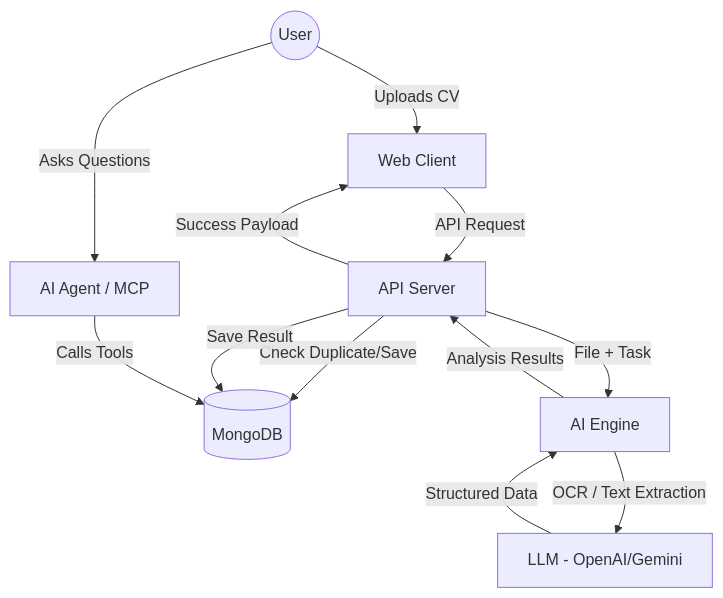
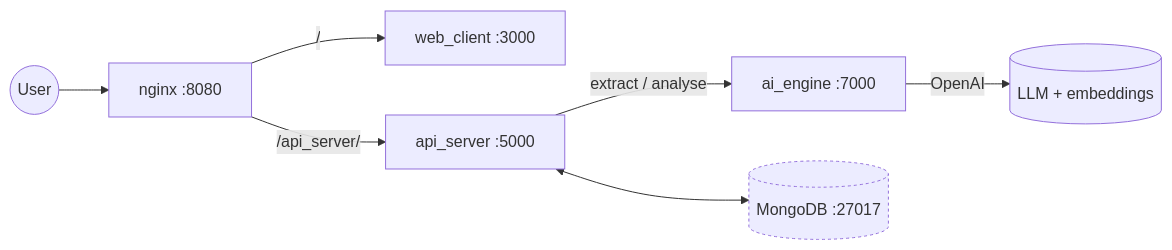
One commit to chrisHHieu/SmartHire changed the diagram in README.md. Above: the diagram before and after it, drawn with Mermaid. The commit also changed other lines of this file and 3 other files, not shown here.

````diff
--- a/README.md
+++ b/README.md
@@ -25,14 +38,10 @@
 ```mermaid
-graph TD
-    User((User)) -->|Uploads CV| web_client[Web Client]
-    User -->|Asks Questions| mcp_agent[AI Agent / MCP]
-    web_client -->|API Request| api_server[API Server]
-    api_server -->|Check Duplicate/Save| mongo_db[(MongoDB)]
-    api_server -->|File + Task| ai_engine[AI Engine]
-    ai_engine -->|OCR / Text Extraction| Llama[LLM - OpenAI/Gemini]
-    Llama -->|Structured Data| ai_engine
-    ai_engine -->|Analysis Results| api_server
-    api_server -->|Save Result| mongo_db
-    mcp_agent -->|Calls Tools| mongo_db
-    api_server -->|Success Payload| web_client
+flowchart LR
+    U((User)) --> N[nginx :8080]
+    N -->|/| WEB[web_client :3000]
+    N -->|/api_server/| API[api_server :5000]
+    API -->|extract / analyse| AI[ai_engine :7000]
+    AI -->|OpenAI| LLM[(LLM + embeddings)]
+    API <--> DB[(MongoDB :27017)]
+    style DB stroke-dasharray: 3 3
 ```
````
